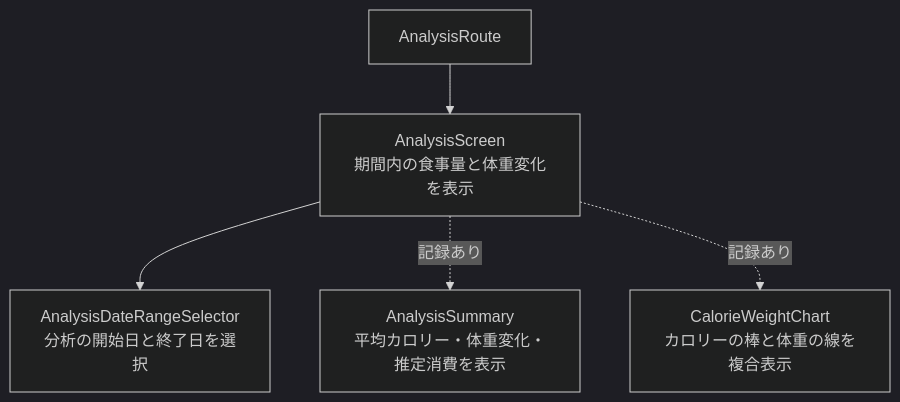
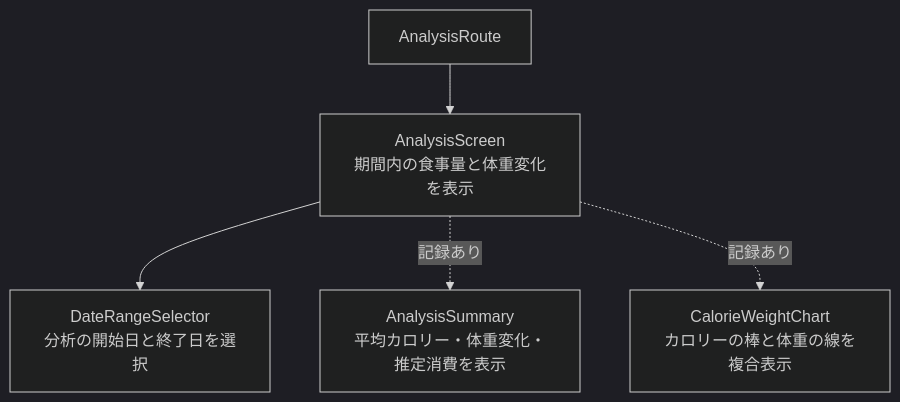
One commit to takahashi-toshiya/FoodLog changed the second of 9 diagrams in docs/component-map.md. Above: the diagram before and after it, drawn with Mermaid (dark theme). The commit also changed other lines of this file and 24 other files, not shown here.

````diff
--- a/docs/component-map.md
+++ b/docs/component-map.md
@@ -37,7 +38,7 @@
 ```mermaid
 flowchart TD
   AnalysisRoute["AnalysisRoute"] --> AnalysisScreen["AnalysisScreen<br/>期間内の食事量と体重変化を表示"]
-  AnalysisScreen --> AnalysisDateRangeSelector["AnalysisDateRangeSelector<br/>分析の開始日と終了日を選択"]
+  AnalysisScreen --> DateRangeSelector["DateRangeSelector<br/>分析の開始日と終了日を選択"]
   AnalysisScreen -. 記録あり .-> AnalysisSummary["AnalysisSummary<br/>平均カロリー・体重変化・推定消費を表示"]
   AnalysisScreen -. 記録あり .-> CalorieWeightChart["CalorieWeightChart<br/>カロリーの棒と体重の線を複合表示"]
 ```
````
